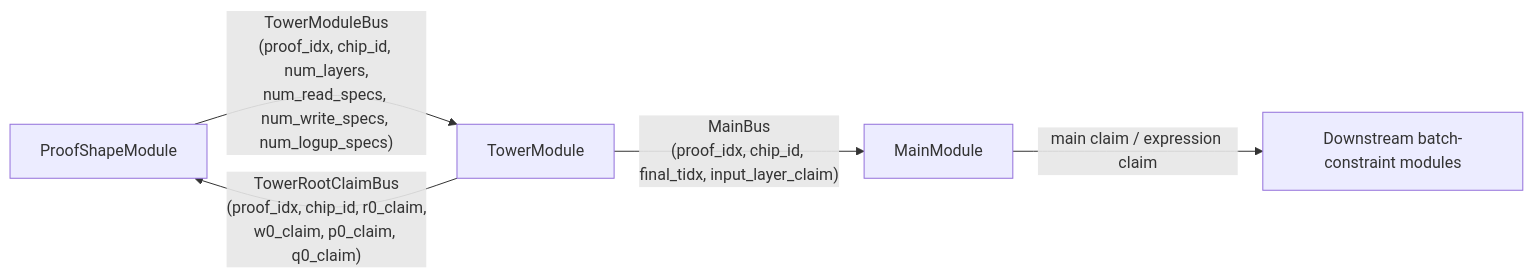
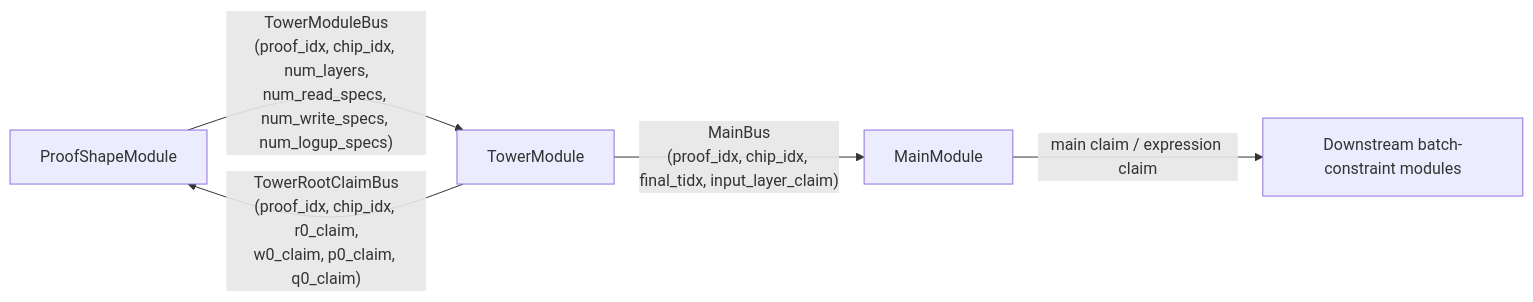
Before and after one commit to scroll-tech/ceno: the first of 2 diagrams in ceno_recursion_v2/docs/tower_module_design.md, drawn with Mermaid. The commit also changed other lines of this file and 30 other files, not shown here.

Commit message:
Align tower bus chip index contract

````diff
--- a/ceno_recursion_v2/docs/tower_module_design.md
+++ b/ceno_recursion_v2/docs/tower_module_design.md
@@ -273,14 +275,14 @@
 ```mermaid
 flowchart LR
     PS[ProofShapeModule]
     TW[TowerModule]
     MAIN[MainModule]
     DOWN[Downstream batch-constraint modules]
 
-    PS -- "TowerModuleBus\n(proof_idx, chip_id, num_layers,\nnum_read_specs, num_write_specs, num_logup_specs)" --> TW
+    PS -- "TowerModuleBus\n(proof_idx, chip_idx, num_layers,\nnum_read_specs, num_write_specs, num_logup_specs)" --> TW
 
-    TW -- "TowerRootClaimBus\n(proof_idx, chip_id, r0_claim,\nw0_claim, p0_claim, q0_claim)" --> PS
-    TW -- "MainBus\n(proof_idx, chip_id, final_tidx, input_layer_claim)" --> MAIN
+    TW -- "TowerRootClaimBus\n(proof_idx, chip_idx, r0_claim,\nw0_claim, p0_claim, q0_claim)" --> PS
+    TW -- "MainBus\n(proof_idx, chip_idx, final_tidx, input_layer_claim)" --> MAIN
 
     MAIN -- "main claim / expression claim" --> DOWN
 ```
````
